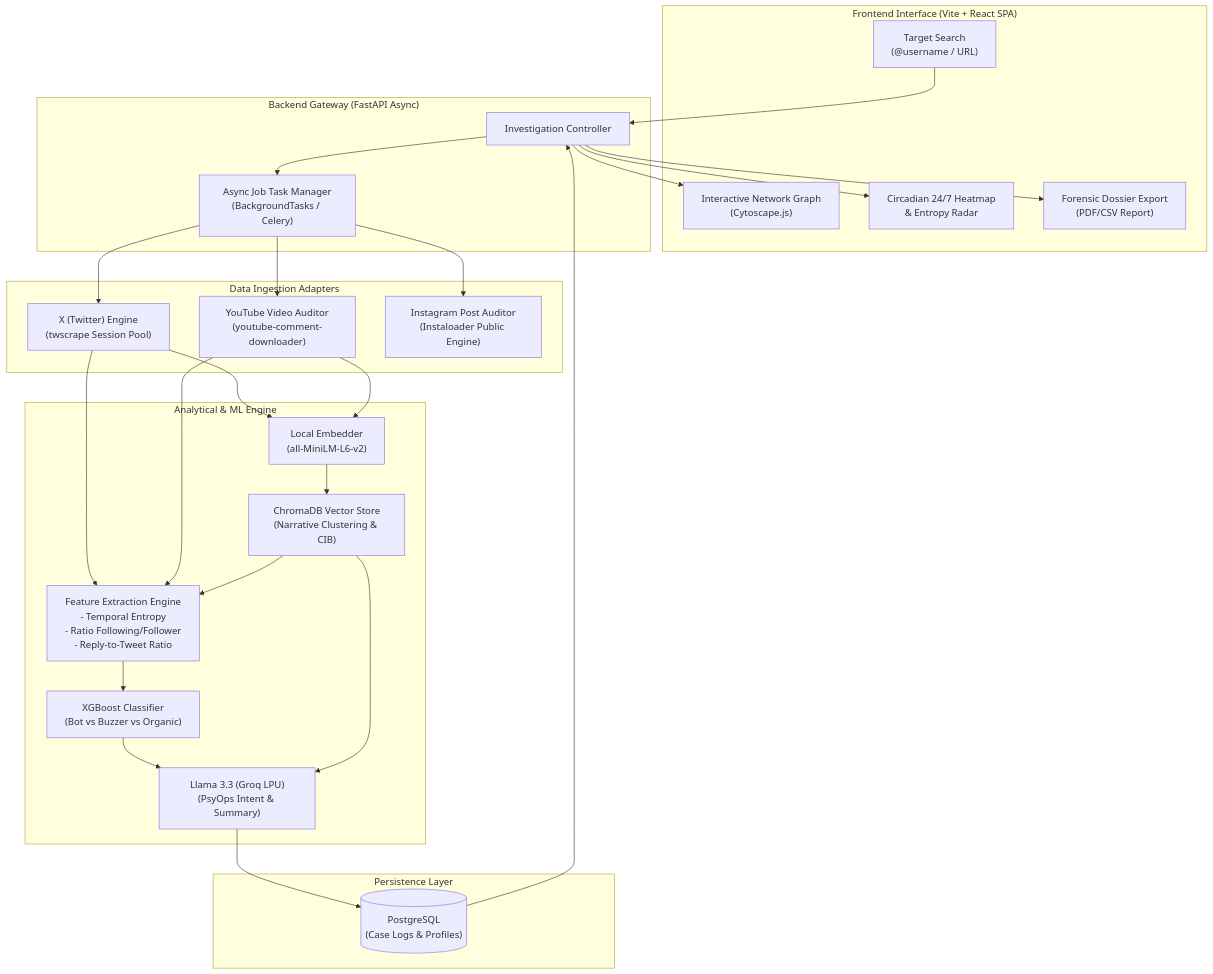
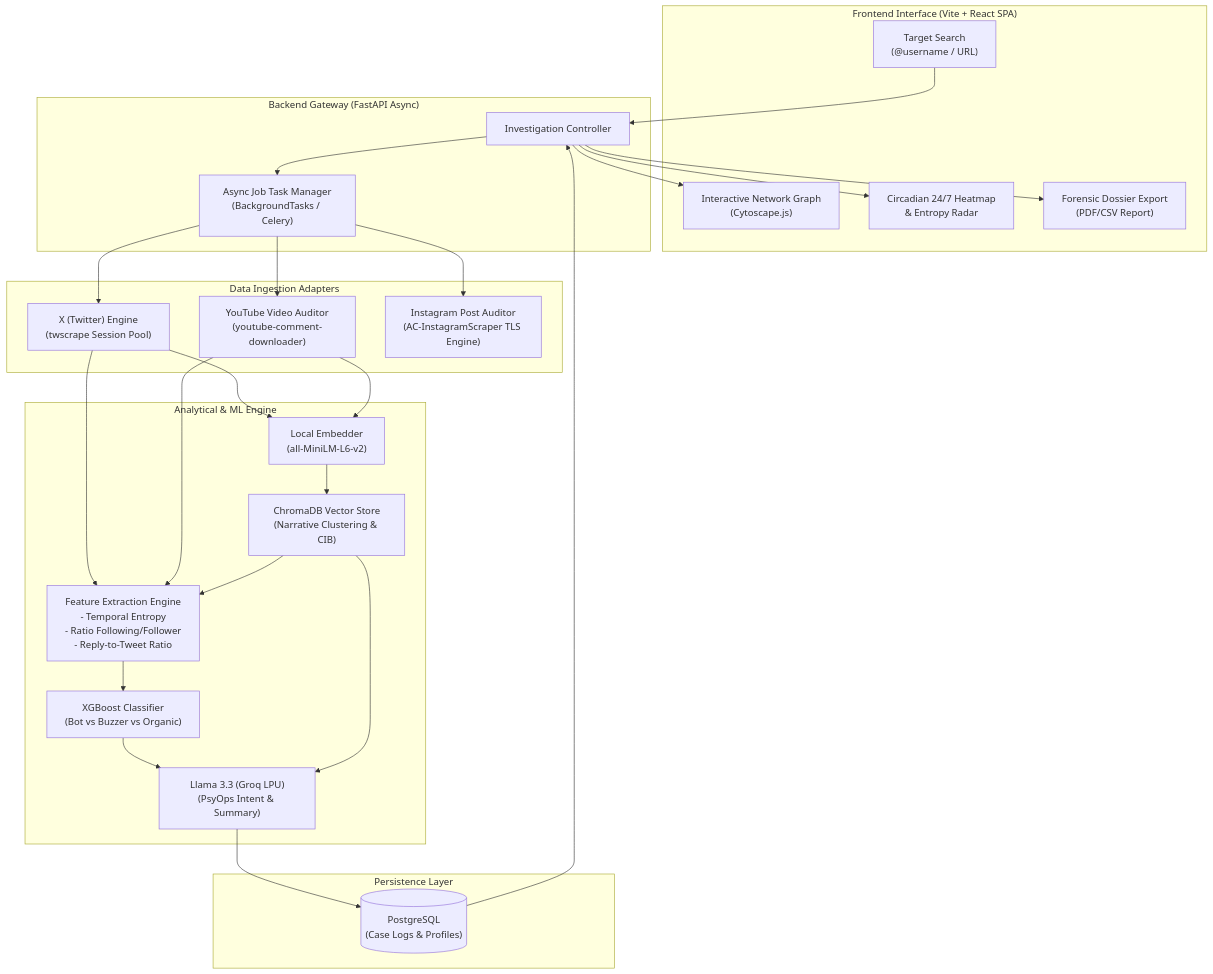
The first of 2 diagrams in docs/PRD-Axiom.md (AcademyCity-RND/AC-ProjectAxiom), drawn with Mermaid before and after one commit. The commit also changed other lines of this file and 4 other files, not shown here.

Commit message:
docs: update README, PRD, roadmap, and data contract specifications for zero-auth scraper

````diff
--- a/docs/PRD-Axiom.md
+++ b/docs/PRD-Axiom.md
@@ -108,48 +108,48 @@
 ```mermaid
 flowchart TD
     subgraph UI["Frontend Interface (Vite + React SPA)"]
         Search["Target Search\n(@username / URL)"]
         GraphView["Interactive Network Graph\n(Cytoscape.js)"]
         HeatmapView["Circadian 24/7 Heatmap\n& Entropy Radar"]
         ReportView["Forensic Dossier Export\n(PDF/CSV Report)"]
     end
 
     subgraph API["Backend Gateway (FastAPI Async)"]
         Router["Investigation Controller"]
         Queue["Async Job Task Manager\n(BackgroundTasks / Celery)"]
     end
 
     subgraph Ingestion["Data Ingestion Adapters"]
         XAdapter["X (Twitter) Engine\n(twscrape Session Pool)"]
         YTAdapter["YouTube Video Auditor\n(youtube-comment-downloader)"]
-        IGAdapter["Instagram Post Auditor\n(Instaloader Public Engine)"]
+        IGAdapter["Instagram Post Auditor\n(AC-InstagramScraper TLS Engine)"]
     end
 
     subgraph AI["Analytical & ML Engine"]
         FeatEng["Feature Extraction Engine\n- Temporal Entropy\n- Ratio Following/Follower\n- Reply-to-Tweet Ratio"]
         Embedder["Local Embedder\n(all-MiniLM-L6-v2)"]
         XGB["XGBoost Classifier\n(Bot vs Buzzer vs Organic)"]
         Chroma["ChromaDB Vector Store\n(Narrative Clustering & CIB)"]
         LLM["Llama 3.3 (Groq LPU)\n(PsyOps Intent & Summary)"]
     end
 
     subgraph Storage["Persistence Layer"]
         PG[("PostgreSQL\n(Case Logs & Profiles)")]
     end
 
     %% Connections
     Search --> Router
     Router --> Queue
     Queue --> XAdapter & YTAdapter & IGAdapter
     XAdapter & YTAdapter --> FeatEng & Embedder
     
     FeatEng --> XGB
     Embedder --> Chroma
     Chroma --> FeatEng
     
     XGB & Chroma --> LLM
     LLM --> PG
     
     PG --> Router
     Router --> GraphView & HeatmapView & ReportView
 ```
````
